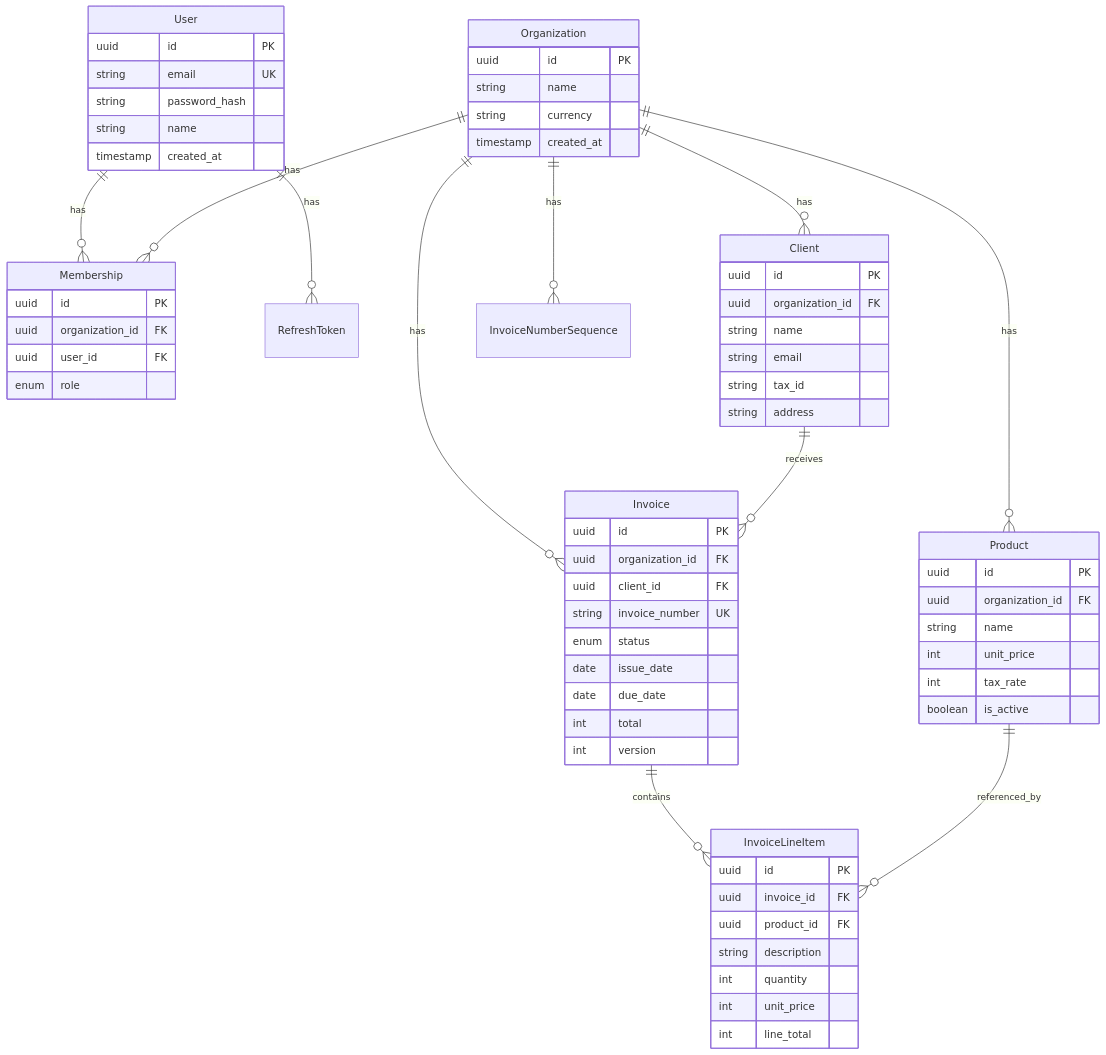
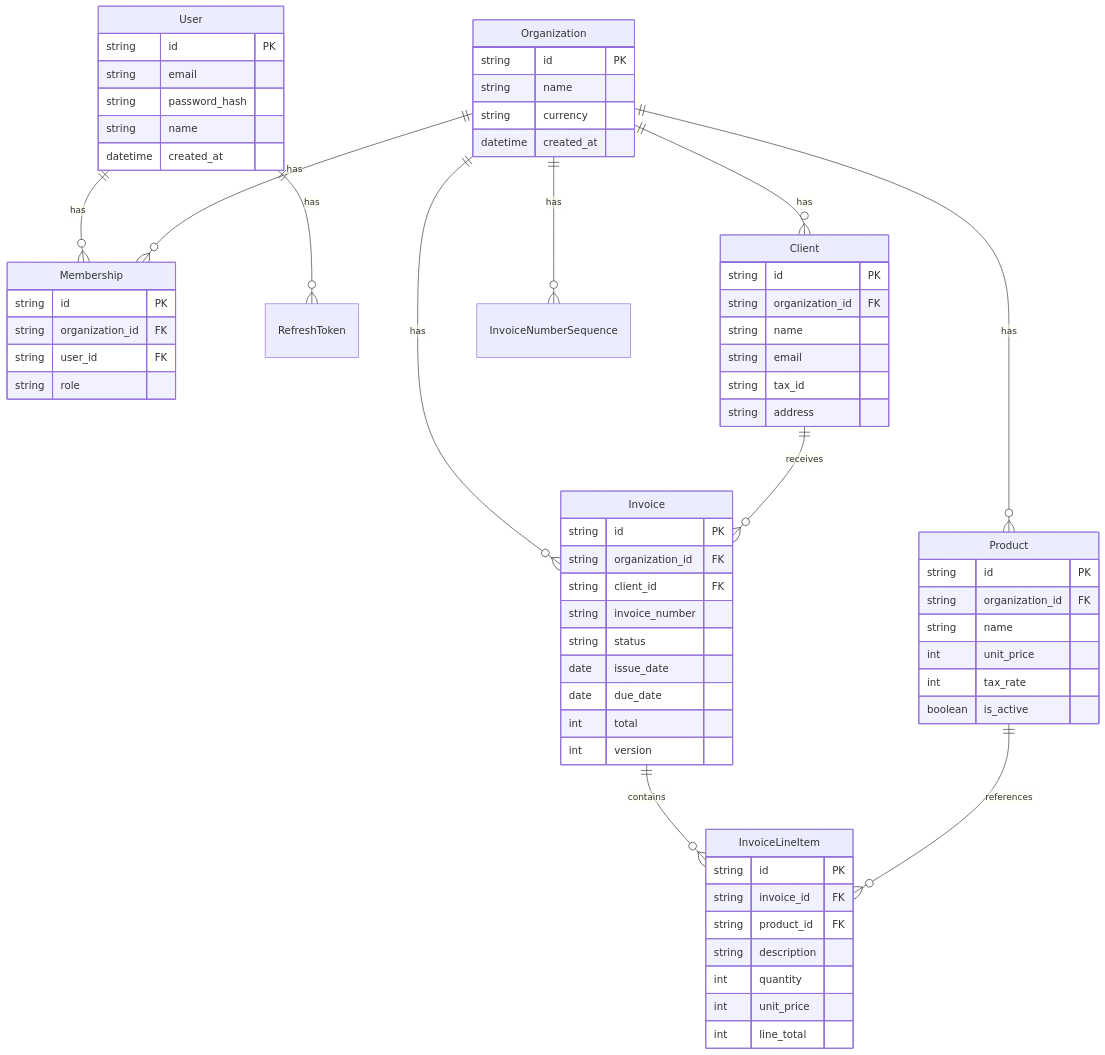
The seventh of 7 diagrams in README.md (mdfarhan9304/Invocore), drawn with Mermaid before and after one commit. The commit also changed other lines of this file, not shown here.

First line of the commit message:
Fix GitHub Mermaid diagrams that failed to render

````diff
--- a/README.md
+++ b/README.md
@@ -860,75 +860,75 @@
 ```mermaid
 erDiagram
     User ||--o{ Membership : has
     User ||--o{ RefreshToken : has
     Organization ||--o{ Membership : has
     Organization ||--o{ Client : has
     Organization ||--o{ Product : has
     Organization ||--o{ Invoice : has
     Organization ||--o{ InvoiceNumberSequence : has
     Client ||--o{ Invoice : receives
     Invoice ||--o{ InvoiceLineItem : contains
-    Product ||--o{ InvoiceLineItem : referenced_by
+    Product ||--o{ InvoiceLineItem : references
 
     User {
-        uuid id PK
-        string email UK
+        string id PK
+        string email
         string password_hash
         string name
-        timestamp created_at
+        datetime created_at
     }
 
     Organization {
-        uuid id PK
+        string id PK
         string name
         string currency
-        timestamp created_at
+        datetime created_at
     }
 
     Membership {
-        uuid id PK
-        uuid organization_id FK
-        uuid user_id FK
-        enum role
+        string id PK
+        string organization_id FK
+        string user_id FK
+        string role
     }
 
     Client {
-        uuid id PK
-        uuid organization_id FK
+        string id PK
+        string organization_id FK
         string name
         string email
         string tax_id
         string address
     }
 
     Product {
-        uuid id PK
-        uuid organization_id FK
+        string id PK
+        string organization_id FK
         string name
         int unit_price
         int tax_rate
         boolean is_active
     }
 
     Invoice {
-        uuid id PK
-        uuid organization_id FK
-        uuid client_id FK
-        string invoice_number UK
-        enum status
+        string id PK
+        string organization_id FK
+        string client_id FK
+        string invoice_number
+        string status
         date issue_date
         date due_date
         int total
         int version
     }
 
     InvoiceLineItem {
-        uuid id PK
-        uuid invoice_id FK
-        uuid product_id FK
+        string id PK
+        string invoice_id FK
+        string product_id FK
         string description
         int quantity
         int unit_price
         int line_total
     }
 ```
````
